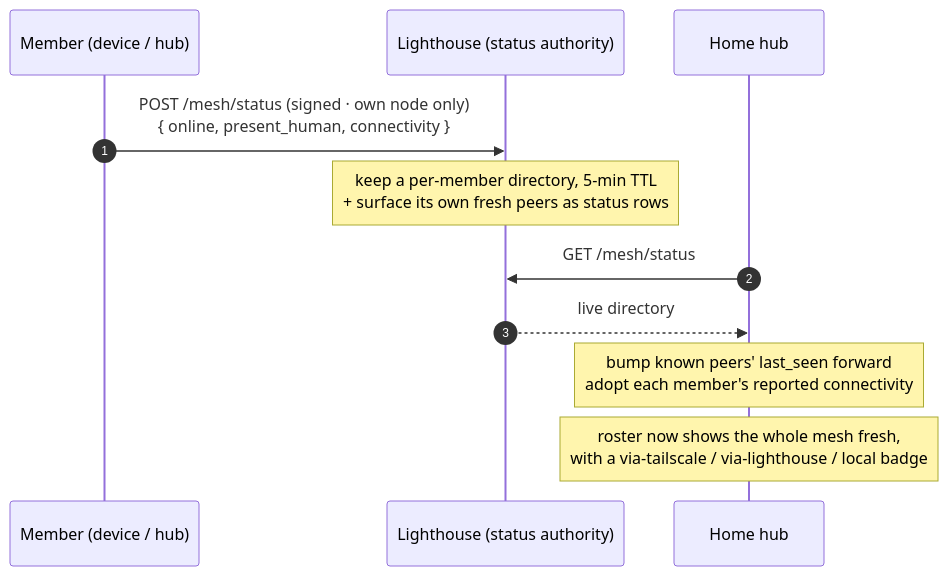
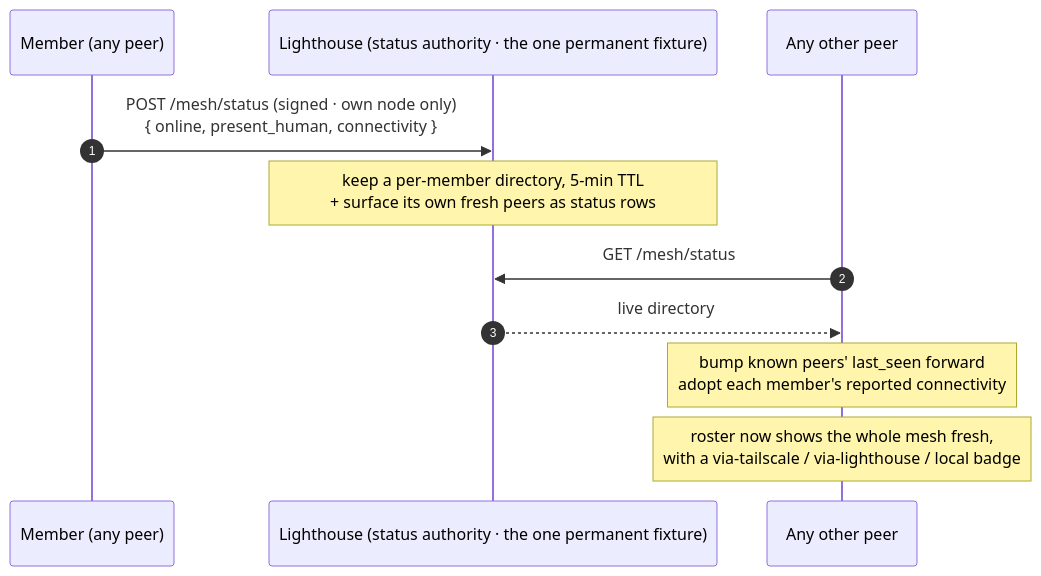
The first of 2 diagrams in docs/dataflows/status-connectivity.md (Capitali/familiar), drawn with Mermaid before and after one commit. The commit also changed 38 other files, not shown here.

````diff
--- a/docs/dataflows/status-connectivity.md
+++ b/docs/dataflows/status-connectivity.md
@@ -12,13 +12,13 @@
 ```mermaid
 sequenceDiagram
     autonumber
-    participant M as Member (device / hub)
-    participant L as Lighthouse (status authority)
-    participant H as Home hub
+    participant M as Member (any peer)
+    participant L as Lighthouse (status authority · the one permanent fixture)
+    participant P as Any other peer
     M->>L: POST /mesh/status (signed · own node only)<br/>{ online, present_human, connectivity }
     Note over L: keep a per-member directory, 5-min TTL<br/>+ surface its own fresh peers as status rows
-    H->>L: GET /mesh/status
-    L-->>H: live directory
-    Note over H: bump known peers' last_seen forward<br/>adopt each member's reported connectivity
-    Note over H: roster now shows the whole mesh fresh,<br/>with a via-tailscale / via-lighthouse / local badge
+    P->>L: GET /mesh/status
+    L-->>P: live directory
+    Note over P: bump known peers' last_seen forward<br/>adopt each member's reported connectivity
+    Note over P: roster now shows the whole mesh fresh,<br/>with a via-tailscale / via-lighthouse / local badge
 ```
````
